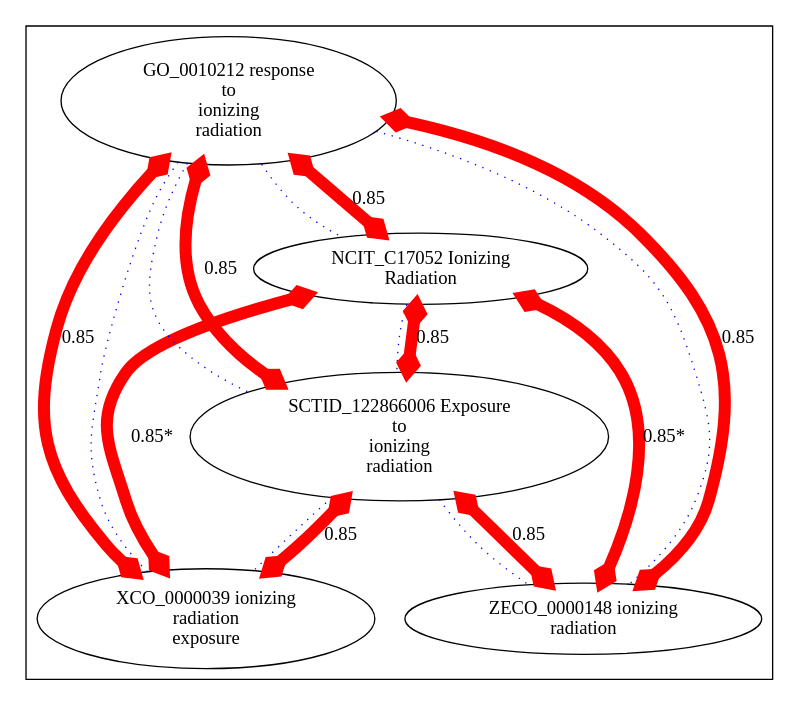
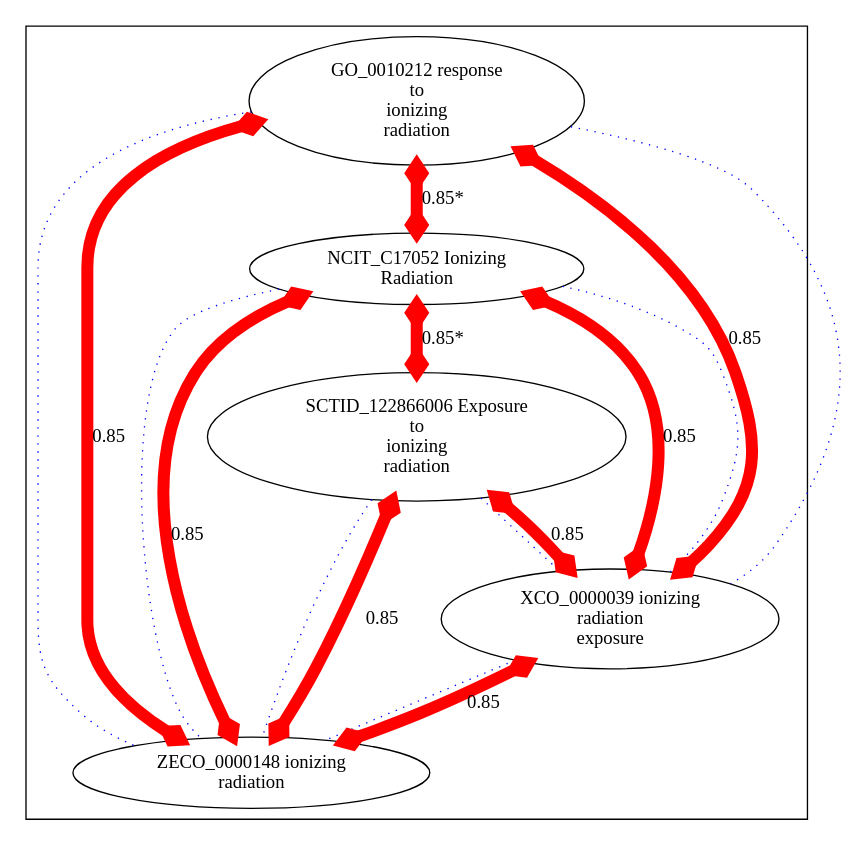
One commit to cmungall/radiation-ontology changed the diagram in target/img-XCO_0000039.dot. Above: the diagram before and after it, drawn with Graphviz. The commit also changed 28 other files, not shown here.

```diff
--- a/target/img-XCO_0000039.dot
+++ b/target/img-XCO_0000039.dot
@@ -1,47 +1,47 @@
 digraph cliquegraph {
 subgraph cluster_XCO_0000039 {XCO_0000039 [ label="XCO_0000039 ionizing
 radiation
 exposure" ];
 ZECO_0000148 [ label="ZECO_0000148 ionizing
 radiation" ];
 NCIT_C17052 [ label="NCIT_C17052 Ionizing
 Radiation" ];
 GO_0010212 [ label="GO_0010212 response
 to
 ionizing
 radiation" ];
 SCTID_122866006 [ label="SCTID_122866006 Exposure
 to
 ionizing
 radiation" ];}
-GO_0010212 -> XCO_0000039 [ arrowhead = none, penwidth=1, color=blue, label="", style=dotted]
+NCIT_C17052 -> XCO_0000039 [ arrowhead = none, penwidth=1, color=blue, label="", style=dotted]
 
 GO_0010212 -> ZECO_0000148 [ arrowhead = none, penwidth=1, color=blue, label="", style=dotted]
 
+GO_0010212 -> XCO_0000039 [ arrowhead = none, penwidth=1, color=blue, label="", style=dotted]
+
+SCTID_122866006 -> ZECO_0000148 [ arrowhead = none, penwidth=1, color=blue, label="", style=dotted]
+
+NCIT_C17052 -> ZECO_0000148 [ arrowhead = none, penwidth=1, color=blue, label="", style=dotted]
+
 SCTID_122866006 -> XCO_0000039 [ arrowhead = none, penwidth=1, color=blue, label="", style=dotted]
 
-GO_0010212 -> NCIT_C17052 [ arrowhead = none, penwidth=1, color=blue, label="", style=dotted]
-
-GO_0010212 -> SCTID_122866006 [ arrowhead = none, penwidth=1, color=blue, label="", style=dotted]
-
-NCIT_C17052 -> SCTID_122866006 [ arrowhead = none, penwidth=1, color=blue, label="", style=dotted]
-
-SCTID_122866006 -> ZECO_0000148 [ arrowhead = none, penwidth=1, color=blue, label="", style=dotted]
+XCO_0000039 -> ZECO_0000148 [ arrowhead = none, penwidth=1, color=blue, label="", style=dotted]
 GO_0010212 -> XCO_0000039 [ arrowhead = ediamond, penwidth=9, color=red, label="0.85", style=solid, arrowtail=ediamond, dir=both]
 
 SCTID_122866006 -> ZECO_0000148 [ arrowhead = ediamond, penwidth=9, color=red, label="0.85", style=solid, arrowtail=ediamond, dir=both]
 
-NCIT_C17052 -> SCTID_122866006 [ arrowhead = ediamond, penwidth=9, color=red, label="0.85", style=solid, arrowtail=ediamond, dir=both]
+NCIT_C17052 -> SCTID_122866006 [ arrowhead = ediamond, penwidth=9, color=red, label="0.85*", style=solid, arrowtail=ediamond, dir=both]
 
-GO_0010212 -> NCIT_C17052 [ arrowhead = ediamond, penwidth=9, color=red, label="0.85", style=solid, arrowtail=ediamond, dir=both]
-
-GO_0010212 -> SCTID_122866006 [ arrowhead = ediamond, penwidth=9, color=red, label="0.85", style=solid, arrowtail=ediamond, dir=both]
+GO_0010212 -> NCIT_C17052 [ arrowhead = ediamond, penwidth=9, color=red, label="0.85*", style=solid, arrowtail=ediamond, dir=both]
 
 SCTID_122866006 -> XCO_0000039 [ arrowhead = ediamond, penwidth=9, color=red, label="0.85", style=solid, arrowtail=ediamond, dir=both]
 
 GO_0010212 -> ZECO_0000148 [ arrowhead = ediamond, penwidth=9, color=red, label="0.85", style=solid, arrowtail=ediamond, dir=both]
 
-NCIT_C17052 -> ZECO_0000148 [ arrowhead = ediamond, penwidth=9, color=red, label="0.85*", style=solid, arrowtail=ediamond, dir=both]
+XCO_0000039 -> ZECO_0000148 [ arrowhead = ediamond, penwidth=9, color=red, label="0.85", style=solid, arrowtail=ediamond, dir=both]
 
-NCIT_C17052 -> XCO_0000039 [ arrowhead = ediamond, penwidth=9, color=red, label="0.85*", style=solid, arrowtail=ediamond, dir=both]
+NCIT_C17052 -> ZECO_0000148 [ arrowhead = ediamond, penwidth=9, color=red, label="0.85", style=solid, arrowtail=ediamond, dir=both]
+
+NCIT_C17052 -> XCO_0000039 [ arrowhead = ediamond, penwidth=9, color=red, label="0.85", style=solid, arrowtail=ediamond, dir=both]
 }
```
